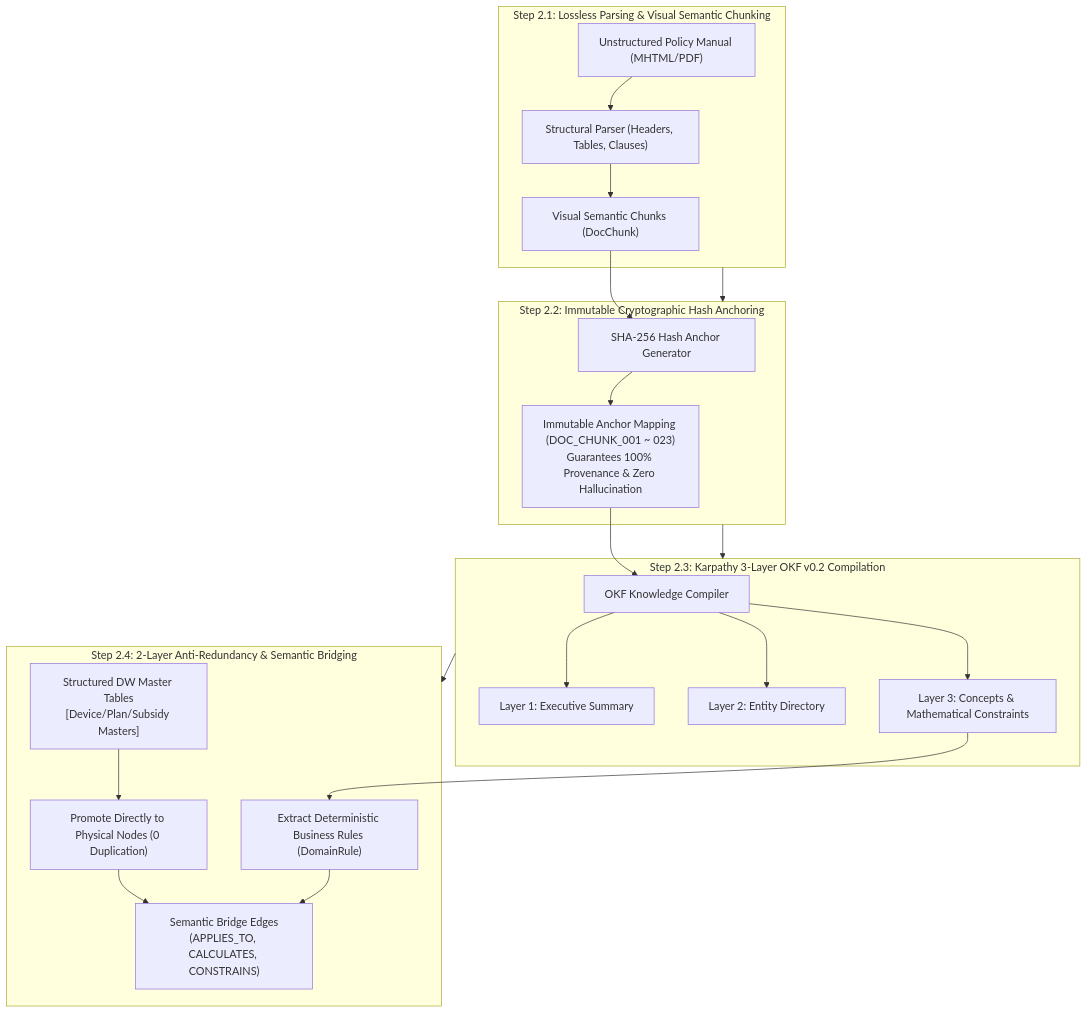
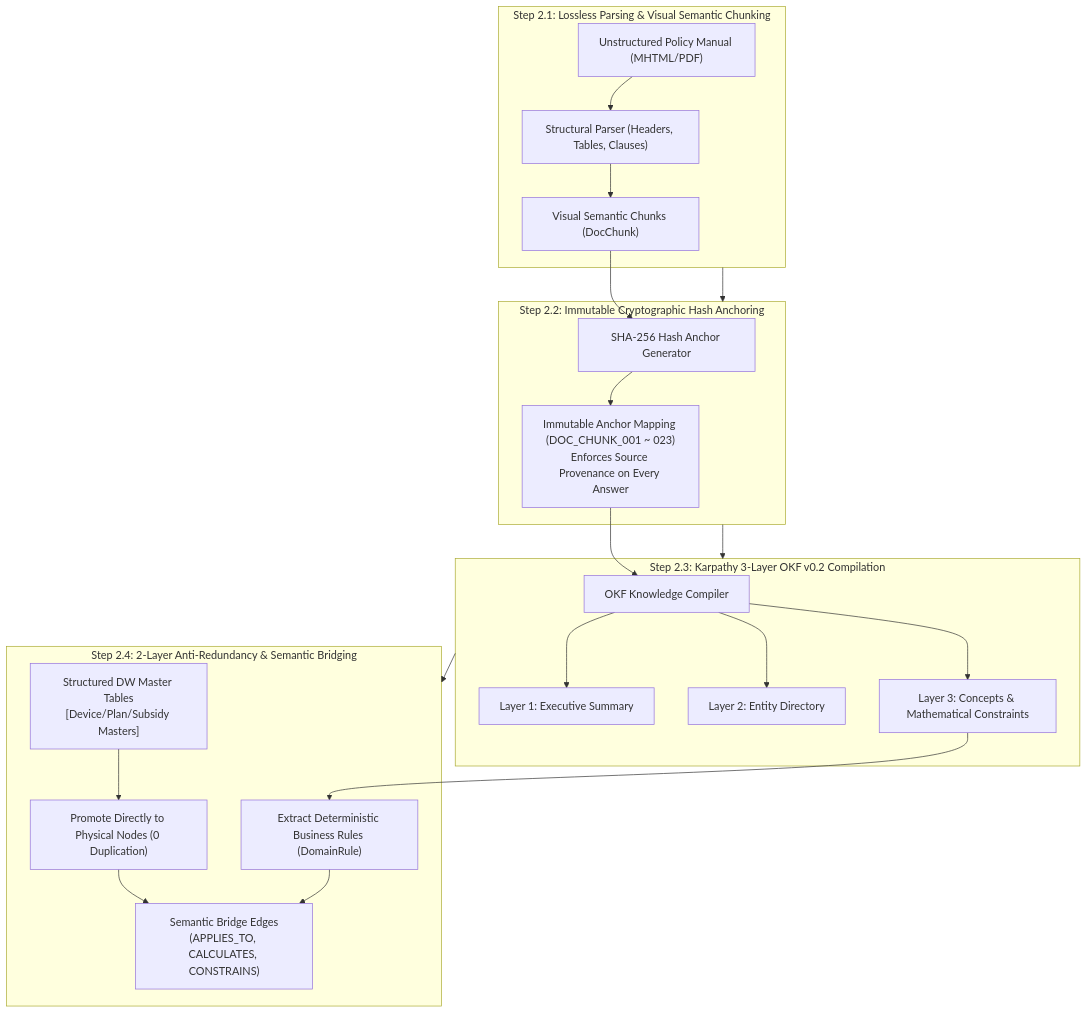
Before and after one commit to seanjungG/agentic-ontology-starter: the diagram in methodology/02_semantic_modeling_and_okf_en.md, drawn with Mermaid. The commit also changed 13 other files, not shown here.

````diff
--- a/methodology/02_semantic_modeling_and_okf_en.md
+++ b/methodology/02_semantic_modeling_and_okf_en.md
@@ -14,28 +14,28 @@
 ```mermaid
 flowchart TD
     subgraph Step1 ["Step 2.1: Lossless Parsing & Visual Semantic Chunking"]
         RawDoc["Unstructured Policy Manual (MHTML/PDF)"] --> Parser["Structural Parser (Headers, Tables, Clauses)"]
         Parser --> Chunks["Visual Semantic Chunks (DocChunk)"]
     end
 
     subgraph Step2 ["Step 2.2: Immutable Cryptographic Hash Anchoring"]
         Chunks --> Hasher["SHA-256 Hash Anchor Generator"]
-        Hasher --> Anchors["Immutable Anchor Mapping (DOC_CHUNK_001 ~ 023)<br/>Guarantees 100% Provenance & Zero Hallucination"]
+        Hasher --> Anchors["Immutable Anchor Mapping (DOC_CHUNK_001 ~ 023)<br/>Enforces Source Provenance on Every Answer"]
     end
 
     subgraph Step3 ["Step 2.3: Karpathy 3-Layer OKF v0.2 Compilation"]
         Anchors --> OKF_Engine["OKF Knowledge Compiler"]
         OKF_Engine --> Layer1["Layer 1: Executive Summary"]
         OKF_Engine --> Layer2["Layer 2: Entity Directory"]
         OKF_Engine --> Layer3["Layer 3: Concepts & Mathematical Constraints"]
     end
 
     subgraph Step4 ["Step 2.4: 2-Layer Anti-Redundancy & Semantic Bridging"]
         DW_Tables["Structured DW Master Tables<br/>[Device/Plan/Subsidy Masters]"]
         DW_Tables --> Promote["Promote Directly to Physical Nodes (0 Duplication)"]
         Layer3 --> ExtractRules["Extract Deterministic Business Rules (DomainRule)"]
         Promote & ExtractRules --> SemanticBridge["Semantic Bridge Edges<br/>(APPLIES_TO, CALCULATES, CONSTRAINS)"]
     end
 
     Step1 --> Step2 --> Step3 --> Step4
 ```
````
